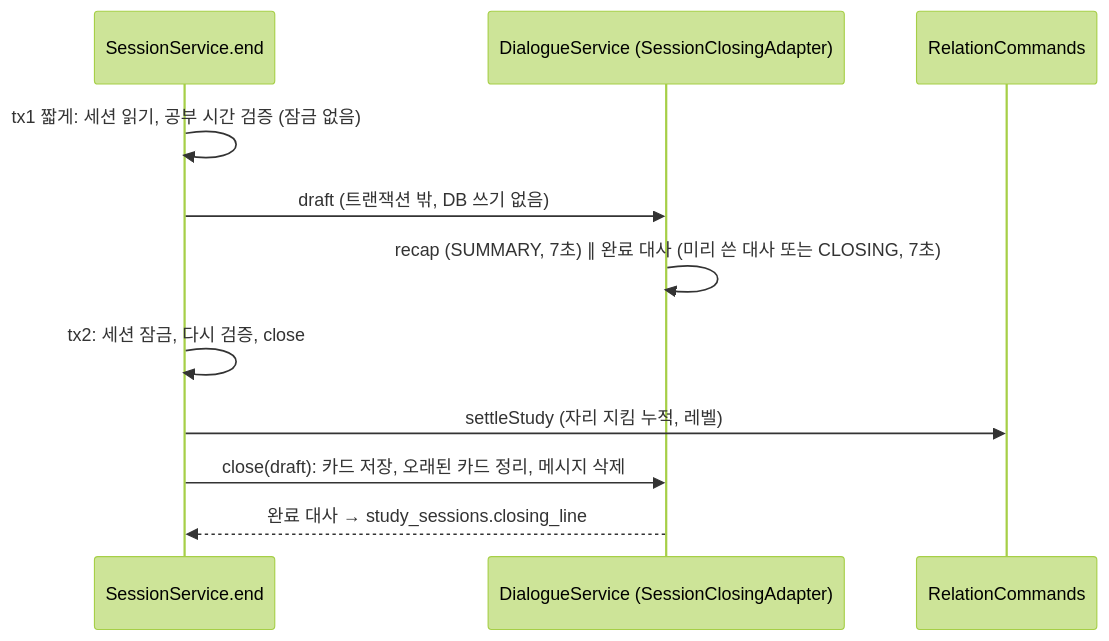
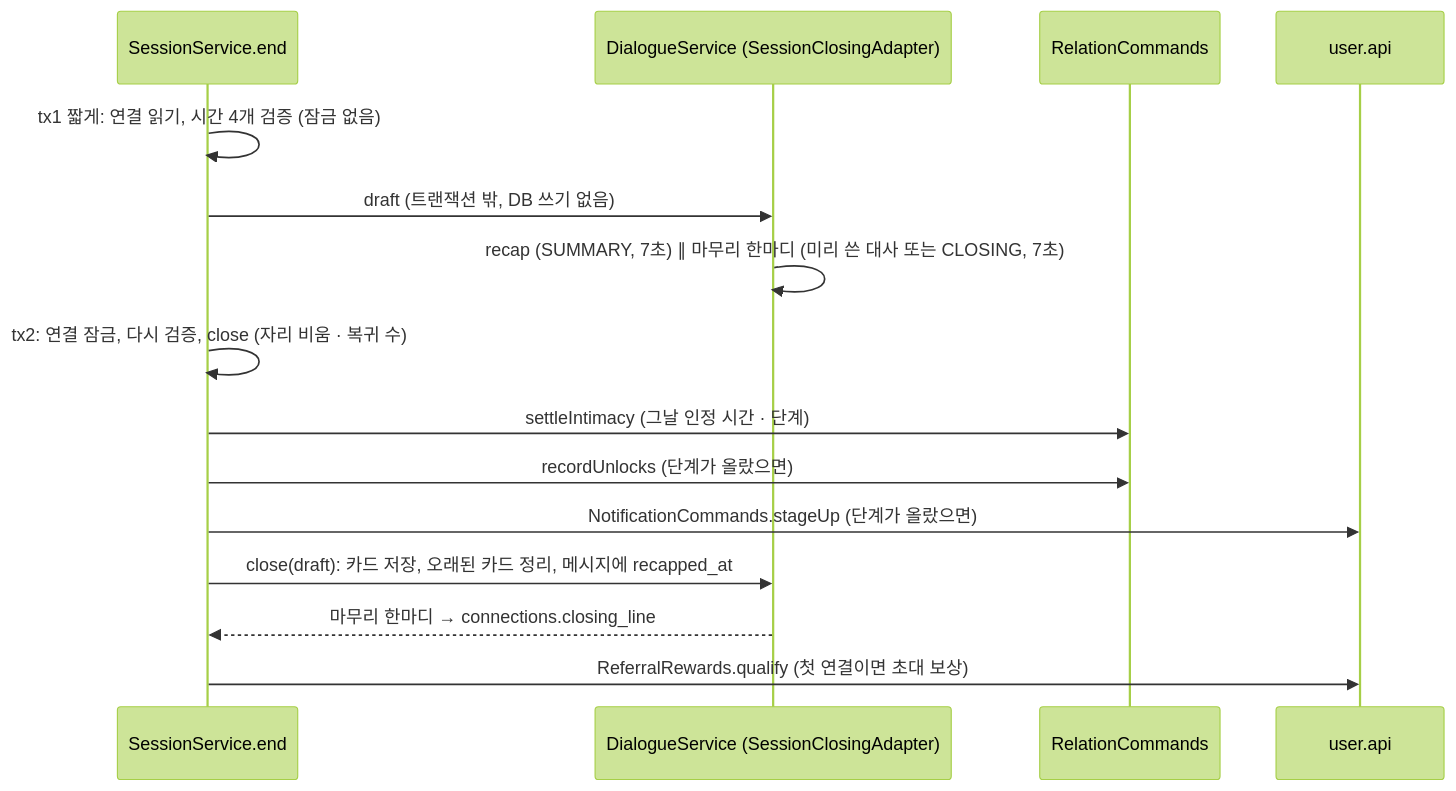
Before and after one commit to LIKELION-CAPSULE/Backend_lab: the third of 3 diagrams in docs/ARCHITECTURE.md, drawn with Mermaid (forest theme). The commit also changed other lines of this file and 7 other files, not shown here.

First line of the commit message:
docs(product): 12/1 베타 PRD · 진행표, 코드 지도 · 핵심 흐름 · flow.http를 베타로 (#242)

````diff
--- a/docs/ARCHITECTURE.md
+++ b/docs/ARCHITECTURE.md
@@ -360,13 +424,17 @@
 ```mermaid
 sequenceDiagram
   participant SS as SessionService.end
   participant D as DialogueService (SessionClosingAdapter)
   participant Rel as RelationCommands
-  SS->>SS: tx1 짧게: 세션 읽기, 공부 시간 검증 (잠금 없음)
+  participant U as user.api
+  SS->>SS: tx1 짧게: 연결 읽기, 시간 4개 검증 (잠금 없음)
   SS->>D: draft (트랜잭션 밖, DB 쓰기 없음)
-  D->>D: recap (SUMMARY, 7초) ∥ 완료 대사 (미리 쓴 대사 또는 CLOSING, 7초)
-  SS->>SS: tx2: 세션 잠금, 다시 검증, close
-  SS->>Rel: settleStudy (자리 지킴 누적, 레벨)
-  SS->>D: close(draft): 카드 저장, 오래된 카드 정리, 메시지 삭제
-  D-->>SS: 완료 대사 → study_sessions.closing_line
+  D->>D: recap (SUMMARY, 7초) ∥ 마무리 한마디 (미리 쓴 대사 또는 CLOSING, 7초)
+  SS->>SS: tx2: 연결 잠금, 다시 검증, close (자리 비움 · 복귀 수)
+  SS->>Rel: settleIntimacy (그날 인정 시간 · 단계)
+  SS->>Rel: recordUnlocks (단계가 올랐으면)
+  SS->>U: NotificationCommands.stageUp (단계가 올랐으면)
+  SS->>D: close(draft): 카드 저장, 오래된 카드 정리, 메시지에 recapped_at
+  D-->>SS: 마무리 한마디 → connections.closing_line
+  SS->>U: ReferralRewards.qualify (첫 연결이면 초대 보상)
 ```
````
